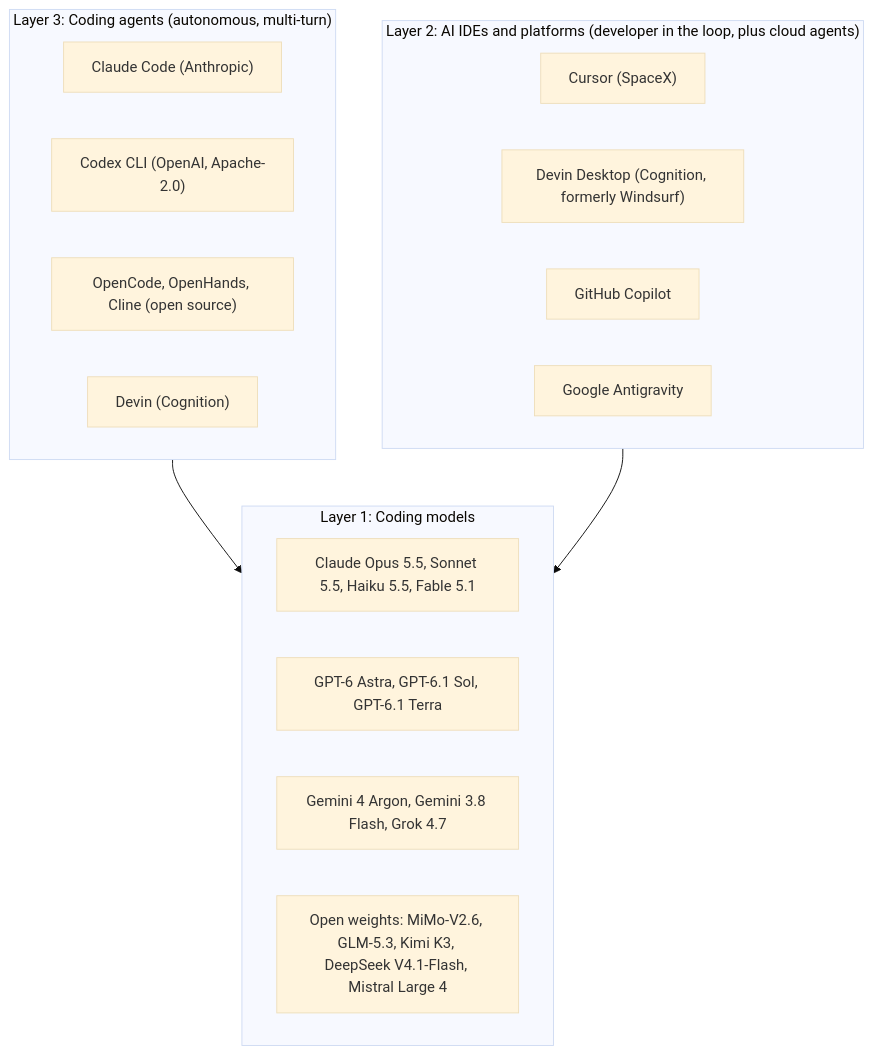
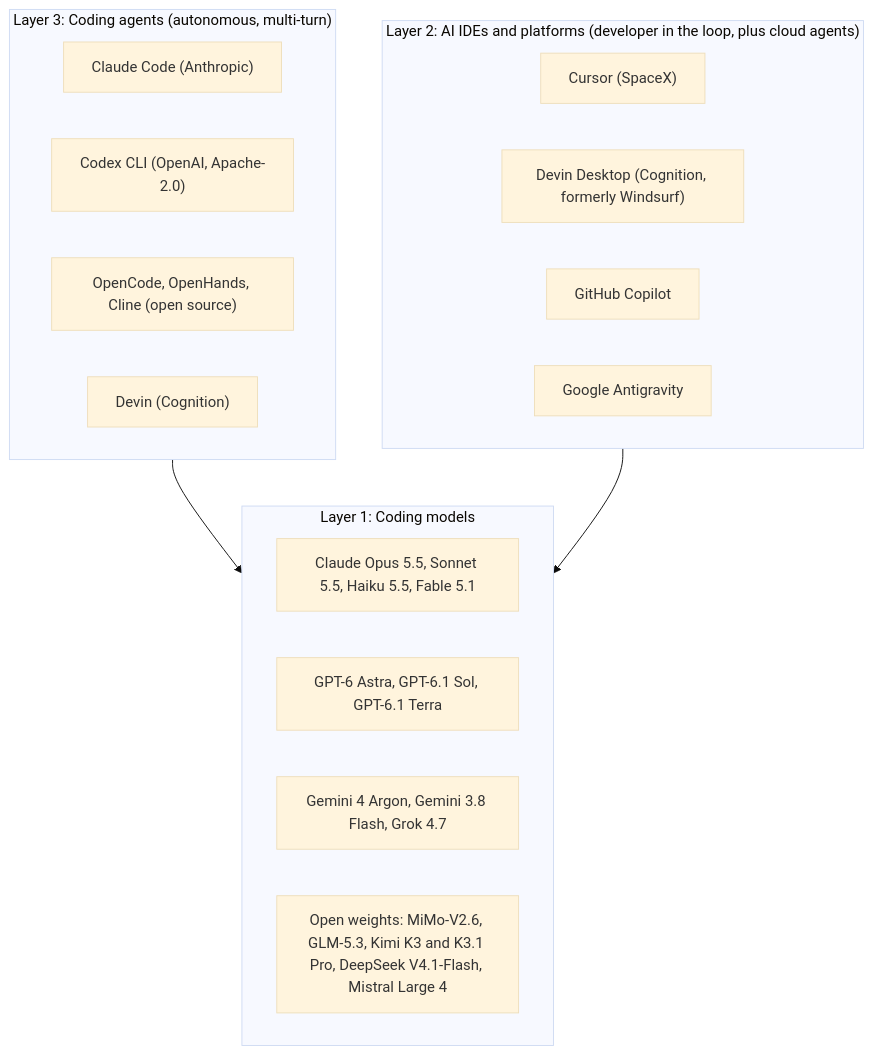
One commit to ombharatiya/ai-system-design-guide changed the diagram in 09-frameworks-and-tools/10-opencoderguide.md. Above: the diagram before and after it, drawn with Mermaid (base theme). The commit also changed other lines of this file and 32 other files, not shown here.

````diff
--- a/09-frameworks-and-tools/10-opencoderguide.md
+++ b/09-frameworks-and-tools/10-opencoderguide.md
@@ -24,23 +24,23 @@
 ```mermaid
 flowchart TB
     subgraph L3["Layer 3: Coding agents (autonomous, multi-turn)"]
         A1["Claude Code (Anthropic)"]
         A2["Codex CLI (OpenAI, Apache-2.0)"]
         A3["OpenCode, OpenHands, Cline (open source)"]
         A4["Devin (Cognition)"]
     end
     subgraph L2["Layer 2: AI IDEs and platforms (developer in the loop, plus cloud agents)"]
         B1["Cursor (SpaceX)"]
         B2["Devin Desktop (Cognition, formerly Windsurf)"]
         B3["GitHub Copilot"]
         B4["Google Antigravity"]
     end
     subgraph L1["Layer 1: Coding models"]
         C1["Claude Opus 5.5, Sonnet 5.5, Haiku 5.5, Fable 5.1"]
         C2["GPT-6 Astra, GPT-6.1 Sol, GPT-6.1 Terra"]
         C3["Gemini 4 Argon, Gemini 3.8 Flash, Grok 4.7"]
-        C4["Open weights: MiMo-V2.6, GLM-5.3, Kimi K3, DeepSeek V4.1-Flash, Mistral Large 4"]
+        C4["Open weights: MiMo-V2.6, GLM-5.3, Kimi K3 and K3.1 Pro, DeepSeek V4.1-Flash, Mistral Large 4"]
     end
     L3 --> L1
     L2 --> L1
 ```
````
